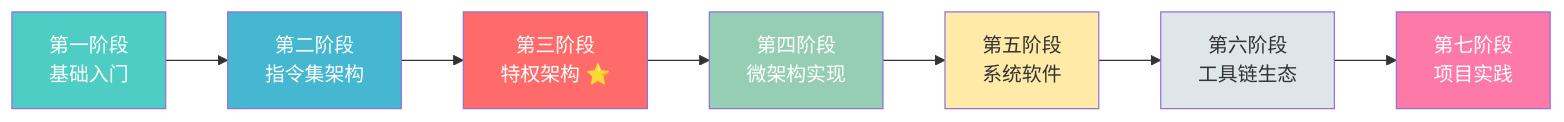
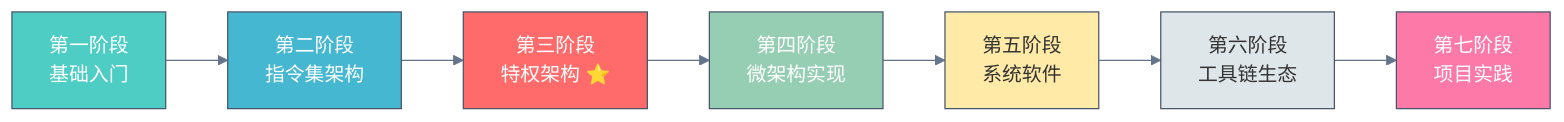
One commit to swjtuer326/cs-learning-notes changed the diagram in riscv/README.md. Above: the diagram before and after it, drawn with Mermaid. The commit also changed 23 other files, not shown here.

````diff
--- a/riscv/README.md
+++ b/riscv/README.md
@@ -9,17 +9,18 @@
 ```mermaid
+%%{init: {"theme": "base", "themeVariables": {"primaryColor": "#f8fafc", "primaryTextColor": "#1e293b", "primaryBorderColor": "#475569", "lineColor": "#64748b", "secondaryColor": "#f1f5f9", "secondaryBorderColor": "#94a3b8", "tertiaryColor": "#f8fafc", "fontFamily": "\"trebuchet ms\", verdana, arial, sans-serif"}}}%%
 graph LR
     A[第一阶段<br/>基础入门] --> B[第二阶段<br/>指令集架构]
     B --> C[第三阶段<br/>特权架构 ⭐]
     C --> D[第四阶段<br/>微架构实现]
     D --> E[第五阶段<br/>系统软件]
     E --> F[第六阶段<br/>工具链生态]
     F --> G[第七阶段<br/>项目实践]
 
     style C fill:#ff6b6b,color:#fff
     style A fill:#4ecdc4,color:#fff
     style B fill:#45b7d1,color:#fff
     style D fill:#96ceb4,color:#fff
     style E fill:#ffeaa7,color:#333
     style F fill:#dfe6e9,color:#333
     style G fill:#fd79a8,color:#fff
 ```
````
